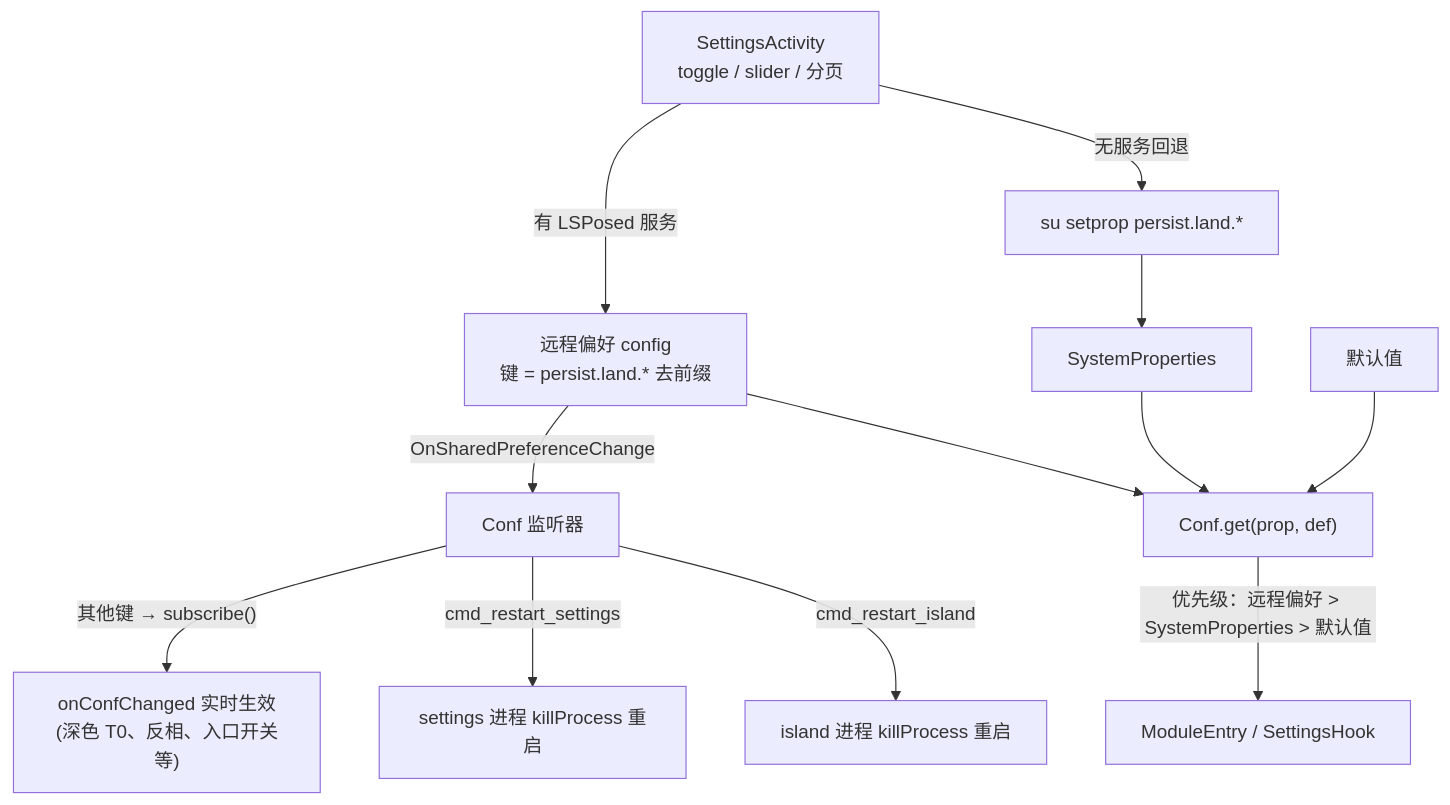
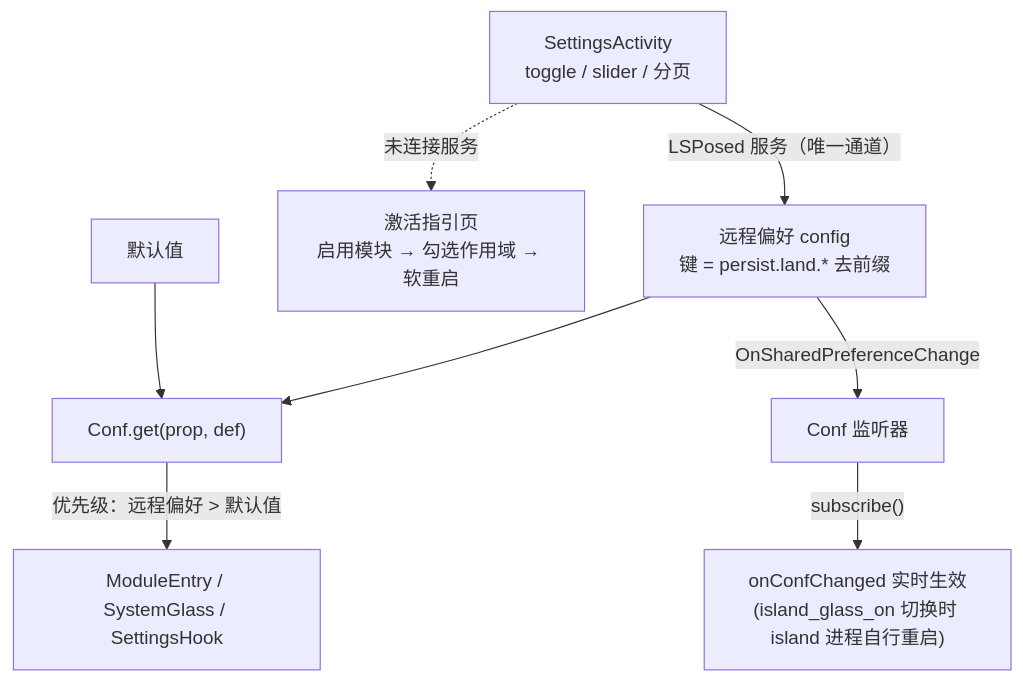
One commit to LuZe0y/FucSuperX changed the second of 5 diagrams in docs/ARCHITECTURE.md. Above: the diagram before and after it, drawn with Mermaid. The commit also changed 5 other files, not shown here.

Commit message:
模块界面新增「自动检查更新」开关（进入模块主页时静默检查，每 6 小时最多一次，仅有新版本时提示）；移除 root 回退通道，配置只走 LSPosed 远程偏好，未连接服务时显示激活指引（启用模块、勾选作用域、软重启）

````diff
--- a/docs/ARCHITECTURE.md
+++ b/docs/ARCHITECTURE.md
@@ -53,13 +53,10 @@
 ```mermaid
 flowchart TB
-    UI["SettingsActivity<br/>toggle / slider / 分页"] -->|"有 LSPosed 服务"| RP["远程偏好 config<br/>键 = persist.land.* 去前缀"]
-    UI -->|"无服务回退"| SU["su setprop persist.land.*"]
+    UI["SettingsActivity<br/>toggle / slider / 分页"] -->|"LSPosed 服务（唯一通道）"| RP["远程偏好 config<br/>键 = persist.land.* 去前缀"]
+    UI -.->|"未连接服务"| IN["激活指引页<br/>启用模块 → 勾选作用域 → 软重启"]
     RP --> G["Conf.get(prop, def)"]
-    SU --> SP["SystemProperties"] --> G
     D["默认值"] --> G
-    G -->|"优先级：远程偏好 > SystemProperties > 默认值"| USE["ModuleEntry / SettingsHook"]
+    G -->|"优先级：远程偏好 > 默认值"| USE["ModuleEntry / SystemGlass / SettingsHook"]
     RP -->|"OnSharedPreferenceChange"| L["Conf 监听器"]
-    L -->|"cmd_restart_island"| K1["island 进程 killProcess 重启"]
-    L -->|"cmd_restart_settings"| K2["settings 进程 killProcess 重启"]
-    L -->|"其他键 → subscribe()"| H["onConfChanged 实时生效<br/>(深色 T0、反相、入口开关等)"]
+    L -->|"subscribe()"| H["onConfChanged 实时生效<br/>(island_glass_on 切换时 island 进程自行重启)"]
 ```
````
